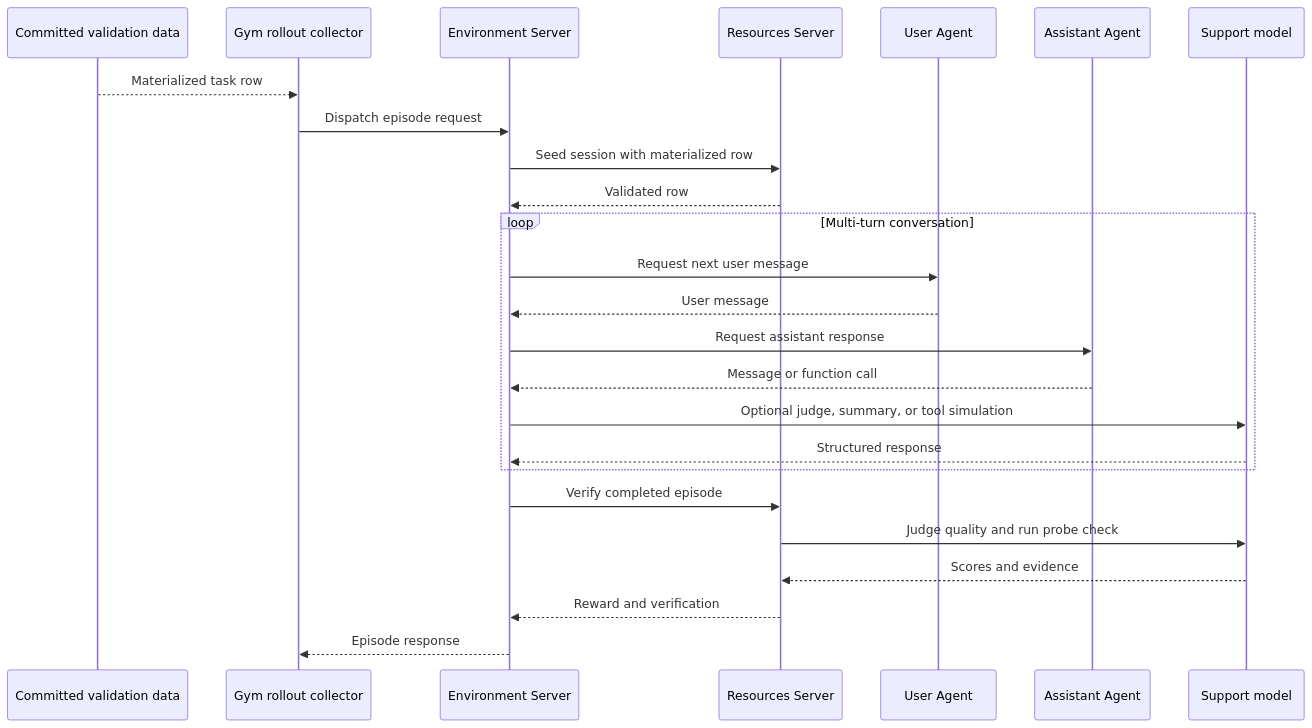
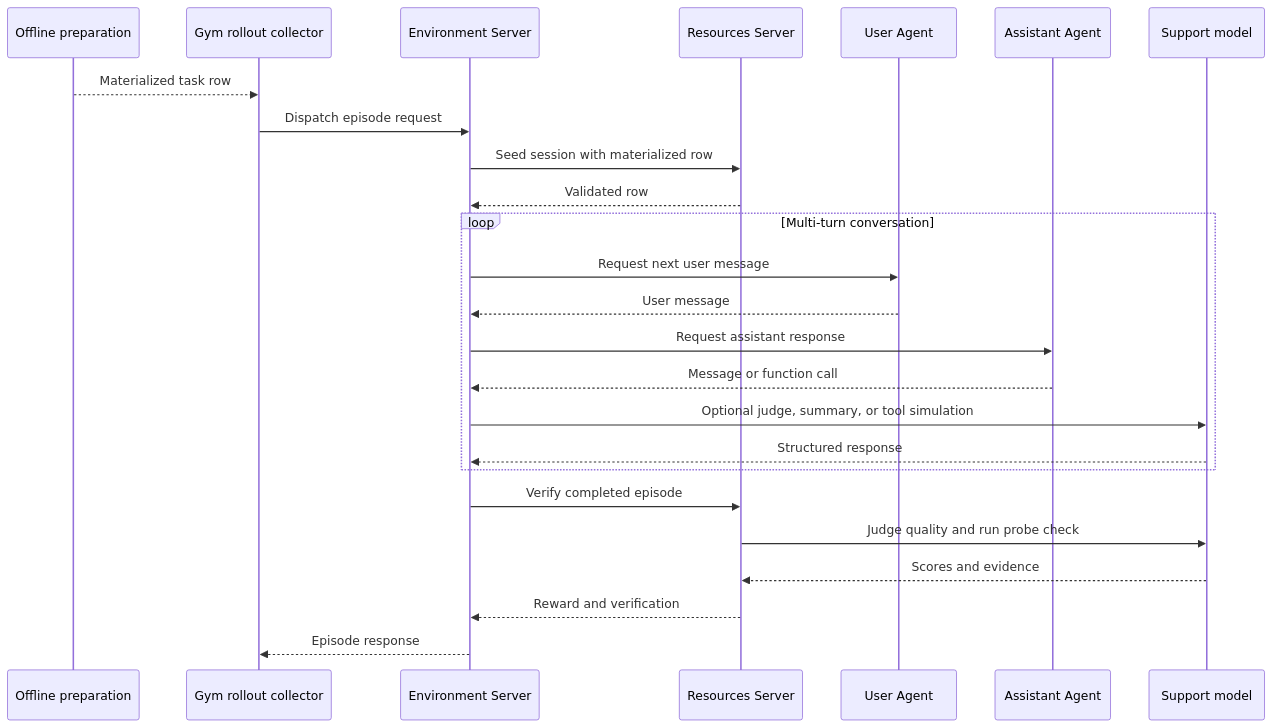
Before and after one commit to kashif/nemo-gym: the diagram in fern/versions/latest/pages/evaluation-tutorials/usersim-rollout-collection.mdx, drawn with Mermaid. The commit also changed other lines of this file and 4 other files, not shown here.

````diff
--- a/fern/versions/latest/pages/evaluation-tutorials/usersim-rollout-collection.mdx
+++ b/fern/versions/latest/pages/evaluation-tutorials/usersim-rollout-collection.mdx
@@ -24,28 +24,28 @@
 ```mermaid
 sequenceDiagram
-    participant P as Committed validation data
+    participant P as Offline preparation
     participant C as Gym rollout collector
     participant E as Environment Server
     participant R as Resources Server
     participant U as User Agent
     participant A as Assistant Agent
     participant S as Support model
 
     P-->>C: Materialized task row
     C->>E: Dispatch episode request
     E->>R: Seed session with materialized row
     R-->>E: Validated row
     loop Multi-turn conversation
         E->>U: Request next user message
         U-->>E: User message
         E->>A: Request assistant response
         A-->>E: Message or function call
         E->>S: Optional judge, summary, or tool simulation
         S-->>E: Structured response
     end
     E->>R: Verify completed episode
     R->>S: Judge quality and run probe check
     S-->>R: Scores and evidence
     R-->>E: Reward and verification
     E-->>C: Episode response
 ```
````
